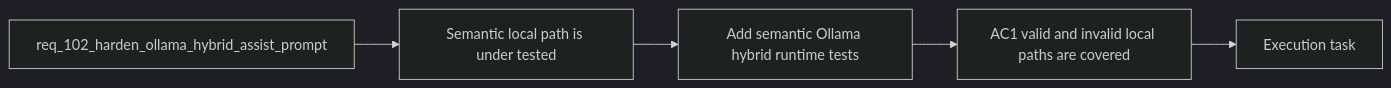
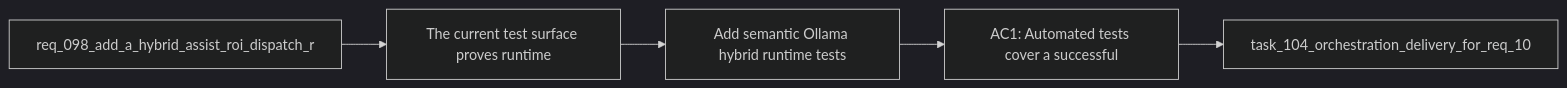
The diagram in logics/backlog/item_178_add_semantic_ollama_hybrid_runtime_tests_for_valid_and_invalid_payloads.md (AlexAgo83/logics-manager), drawn with Mermaid (dark theme) before and after one commit. The commit also changed 481 other files, not shown here.

````diff
--- a/logics/backlog/item_178_add_semantic_ollama_hybrid_runtime_tests_for_valid_and_invalid_payloads.md
+++ b/logics/backlog/item_178_add_semantic_ollama_hybrid_runtime_tests_for_valid_and_invalid_payloads.md
@@ -28,9 +28,9 @@
 ```mermaid
 %% logics-kind: backlog
 %% logics-signature: backlog|add-semantic-ollama-hybrid-runtime-tests|req-098-add-a-hybrid-assist-roi-dispatch|the-current-test-surface-proves-runtime|ac1-automated-tests-cover-a-successful
 flowchart LR
-    Request[req_102_harden_ollama_hybrid_assist_prompt] --> Problem[Semantic local path is under tested]
+    Request[req_098_add_a_hybrid_assist_roi_dispatch_r] --> Problem[The current test surface proves runtime]
     Problem --> Scope[Add semantic Ollama hybrid runtime tests]
-    Scope --> Acceptance[AC1 valid and invalid local paths are covered]
-    Acceptance --> Tasks[Execution task]
+    Scope --> Acceptance[AC1: Automated tests cover a successful]
+    Acceptance --> Tasks[task_104_orchestration_delivery_for_req_10]
 ```
````
